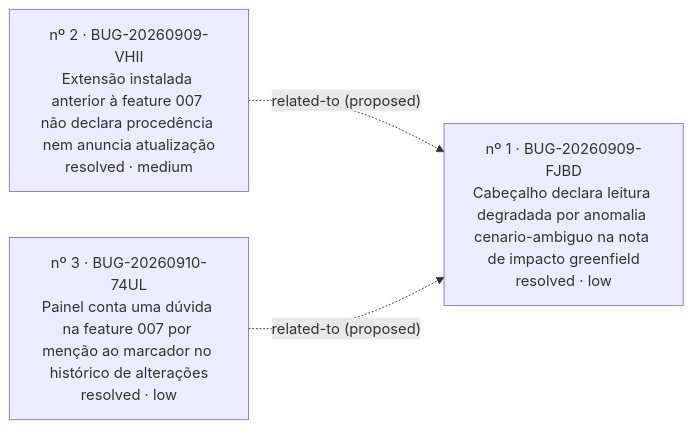
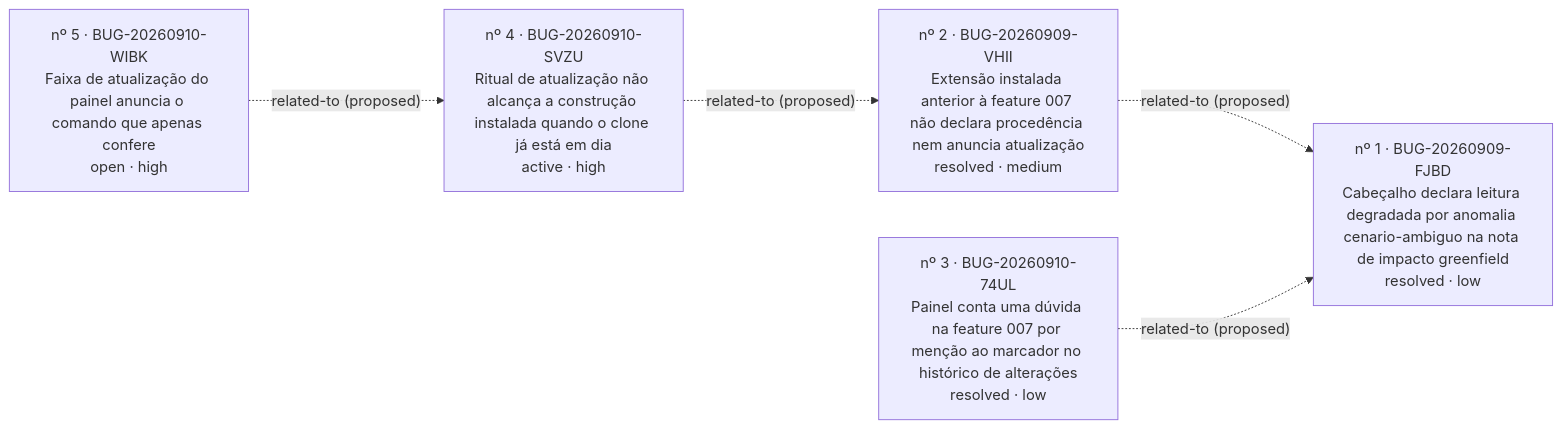
One commit to iago-leal/reversa-views changed the diagram in _reversa_bugs/painel-do-processo/generated/graph.md. Above: the diagram before and after it, drawn with Mermaid. The commit also changed other lines of this file and 22 other files, not shown here.

First line of the commit message:
fix(bugs): nº 4, o ritual que não alcançava a construção instalada

````diff
--- a/_reversa_bugs/painel-do-processo/generated/graph.md
+++ b/_reversa_bugs/painel-do-processo/generated/graph.md
@@ -4,8 +4,12 @@
 ```mermaid
 graph LR
   BUG_20260909_FJBD["nº 1 · BUG-20260909-FJBD<br/>Cabeçalho declara leitura degradada por anomalia cenario-ambiguo na nota de impacto greenfield<br/>resolved · low"]
   BUG_20260909_VHII["nº 2 · BUG-20260909-VHII<br/>Extensão instalada anterior à feature 007 não declara procedência nem anuncia atualização<br/>resolved · medium"]
   BUG_20260910_74UL["nº 3 · BUG-20260910-74UL<br/>Painel conta uma dúvida na feature 007 por menção ao marcador no histórico de alterações<br/>resolved · low"]
+  BUG_20260910_SVZU["nº 4 · BUG-20260910-SVZU<br/>Ritual de atualização não alcança a construção instalada quando o clone já está em dia<br/>active · high"]
+  BUG_20260910_WIBK["nº 5 · BUG-20260910-WIBK<br/>Faixa de atualização do painel anuncia o comando que apenas confere<br/>open · high"]
   BUG_20260909_VHII -. related-to (proposed) .-> BUG_20260909_FJBD
   BUG_20260910_74UL -. related-to (proposed) .-> BUG_20260909_FJBD
+  BUG_20260910_SVZU -. related-to (proposed) .-> BUG_20260909_VHII
+  BUG_20260910_WIBK -. related-to (proposed) .-> BUG_20260910_SVZU
 ```
````
